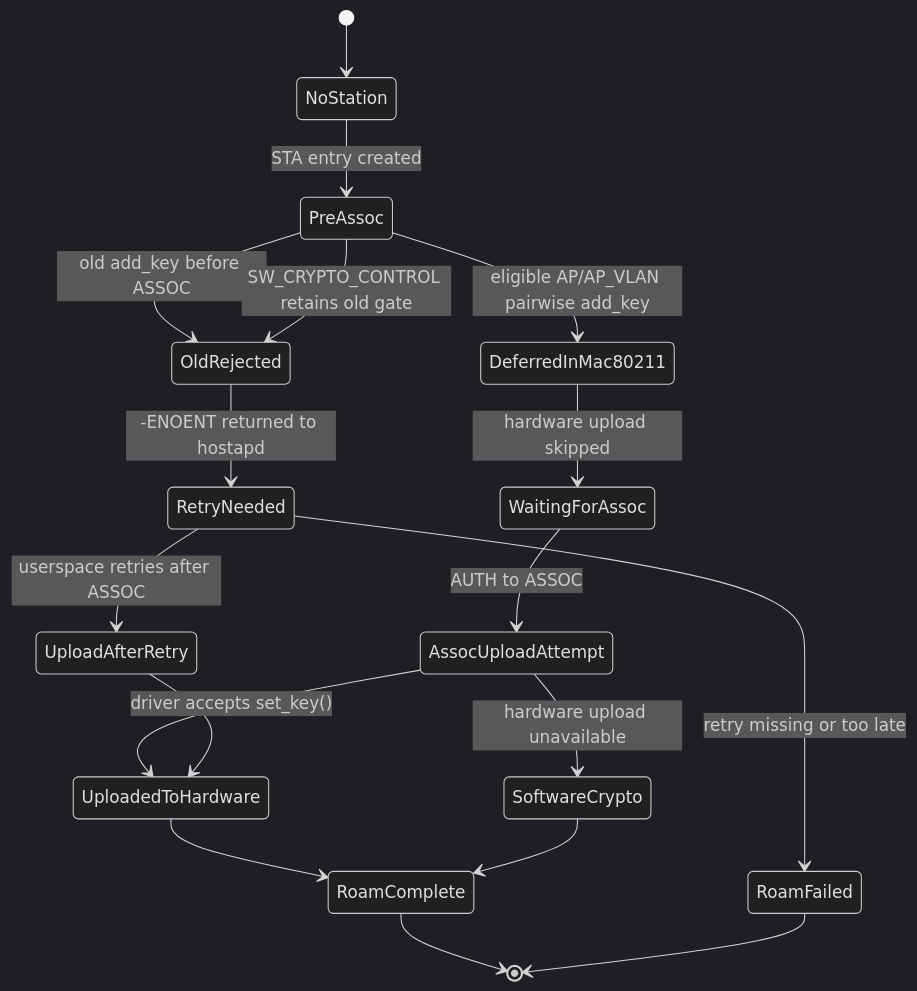
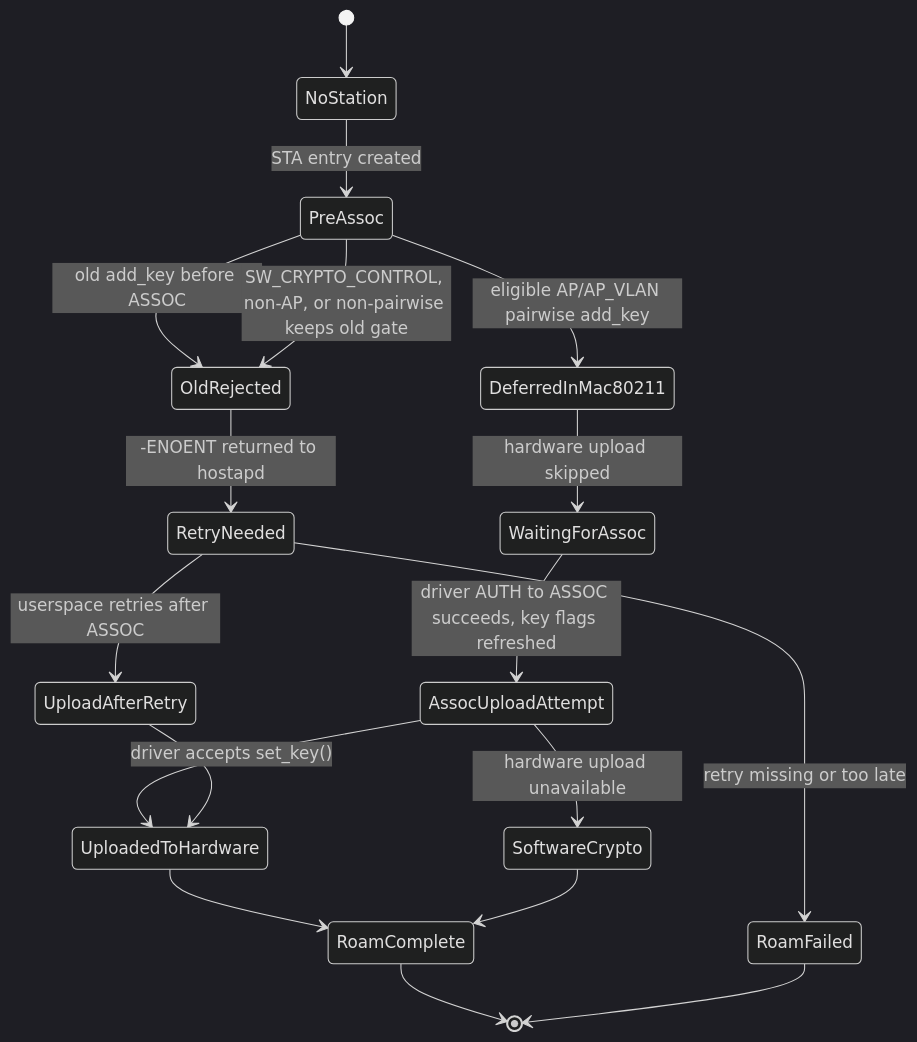
The third of 3 diagrams in docs/ft-key-upload-race/README.md (AndreaCovelli/openwrt-ft-race-patches), drawn with Mermaid (dark theme) before and after one commit. The commit also changed other lines of this file, not shown here.

First line of the commit message:
docs: show the ASSOC-time key flag refresh in the FT race diagrams

````diff
--- a/docs/ft-key-upload-race/README.md
+++ b/docs/ft-key-upload-race/README.md
@@ -182,23 +188,23 @@
 ```mermaid
 stateDiagram-v2
     [*] --> NoStation
     NoStation --> PreAssoc: STA entry created
 
     PreAssoc --> OldRejected: old add_key before ASSOC
     OldRejected --> RetryNeeded: -ENOENT returned to hostapd
     RetryNeeded --> UploadAfterRetry: userspace retries after ASSOC
     RetryNeeded --> RoamFailed: retry missing or too late
 
-    PreAssoc --> OldRejected: SW_CRYPTO_CONTROL retains old gate
+    PreAssoc --> OldRejected: SW_CRYPTO_CONTROL, non-AP, or non-pairwise keeps old gate
     PreAssoc --> DeferredInMac80211: eligible AP/AP_VLAN pairwise add_key
     DeferredInMac80211 --> WaitingForAssoc: hardware upload skipped
-    WaitingForAssoc --> AssocUploadAttempt: AUTH to ASSOC
+    WaitingForAssoc --> AssocUploadAttempt: driver AUTH to ASSOC succeeds, key flags refreshed
     AssocUploadAttempt --> UploadedToHardware: driver accepts set_key()
     AssocUploadAttempt --> SoftwareCrypto: hardware upload unavailable
 
     UploadAfterRetry --> UploadedToHardware
     UploadedToHardware --> RoamComplete
     SoftwareCrypto --> RoamComplete
     RoamComplete --> [*]
     RoamFailed --> [*]
 ```
````
